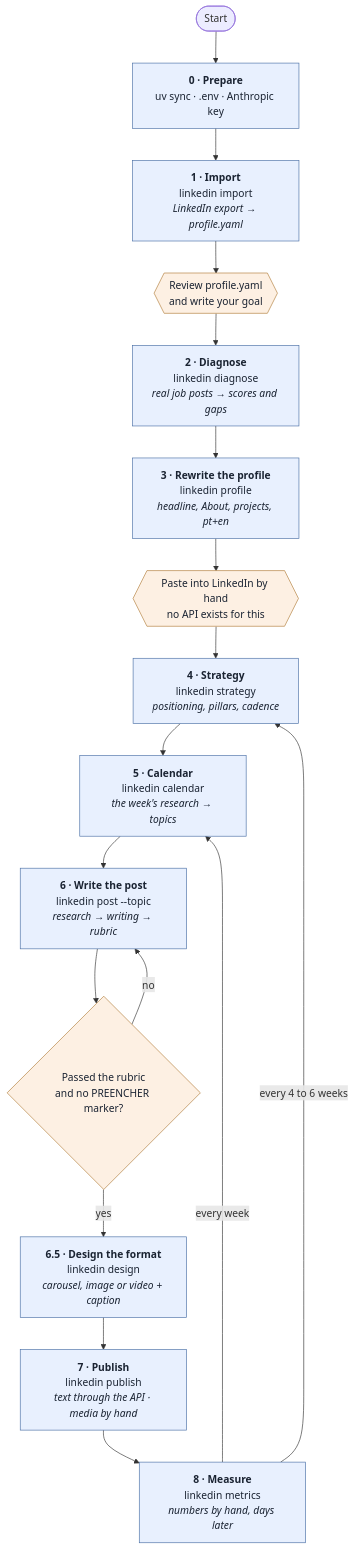
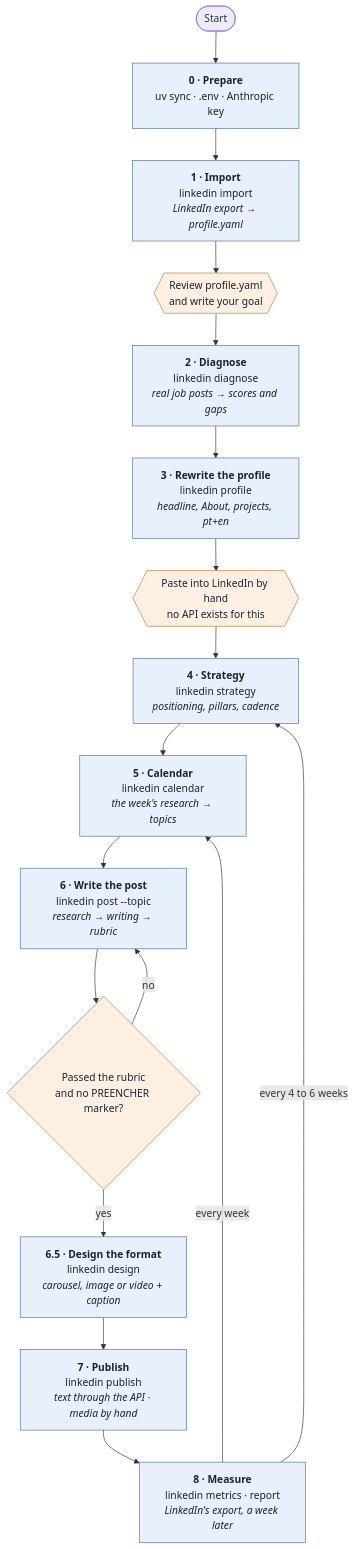
Before and after one commit to gabrantoniette/linkedin-growth-agents: the first of 4 diagrams in docs/roadmap.md, drawn with Mermaid. The commit also changed other lines of this file and 20 other files, not shown here.

````diff
--- a/docs/roadmap.md
+++ b/docs/roadmap.md
@@ -14,26 +14,26 @@
 ```mermaid
 flowchart TD
     START(["Start"]) --> F0
 
     F0["<b>0 · Prepare</b><br/>uv sync · .env · Anthropic key"]
     F0 --> F1["<b>1 · Import</b><br/>linkedin import<br/><i>LinkedIn export → profile.yaml</i>"]
     F1 --> REV{{"Review profile.yaml<br/>and write your goal"}}
     REV --> F2["<b>2 · Diagnose</b><br/>linkedin diagnose<br/><i>real job posts → scores and gaps</i>"]
     F2 --> F3["<b>3 · Rewrite the profile</b><br/>linkedin profile<br/><i>headline, About, projects, pt+en</i>"]
     F3 --> PASTE{{"Paste into LinkedIn by hand<br/>no API exists for this"}}
     PASTE --> F4["<b>4 · Strategy</b><br/>linkedin strategy<br/><i>positioning, pillars, cadence</i>"]
     F4 --> F5["<b>5 · Calendar</b><br/>linkedin calendar<br/><i>the week's research → topics</i>"]
     F5 --> F6["<b>6 · Write the post</b><br/>linkedin post --topic<br/><i>research → writing → rubric</i>"]
     F6 --> GATE{"Passed the rubric<br/>and no PREENCHER marker?"}
     GATE -->|no| F6
     GATE -->|yes| F65["<b>6.5 · Design the format</b><br/>linkedin design<br/><i>carousel, image or video + caption</i>"]
     F65 --> F7["<b>7 · Publish</b><br/>linkedin publish<br/><i>text through the API · media by hand</i>"]
-    F7 --> F8["<b>8 · Measure</b><br/>linkedin metrics<br/><i>numbers by hand, days later</i>"]
+    F7 --> F8["<b>8 · Measure</b><br/>linkedin metrics · report<br/><i>LinkedIn's export, a week later</i>"]
     F8 -->|every 4 to 6 weeks| F4
     F8 -->|every week| F5
 
     classDef auto fill:#e8f0fe,stroke:#4a6fa5,color:#1a2332
     classDef manual fill:#fdf0e3,stroke:#b07d3a,color:#1a2332
     class F0,F1,F2,F3,F4,F5,F6,F65,F7,F8 auto
     class REV,PASTE,GATE manual
 ```
````
